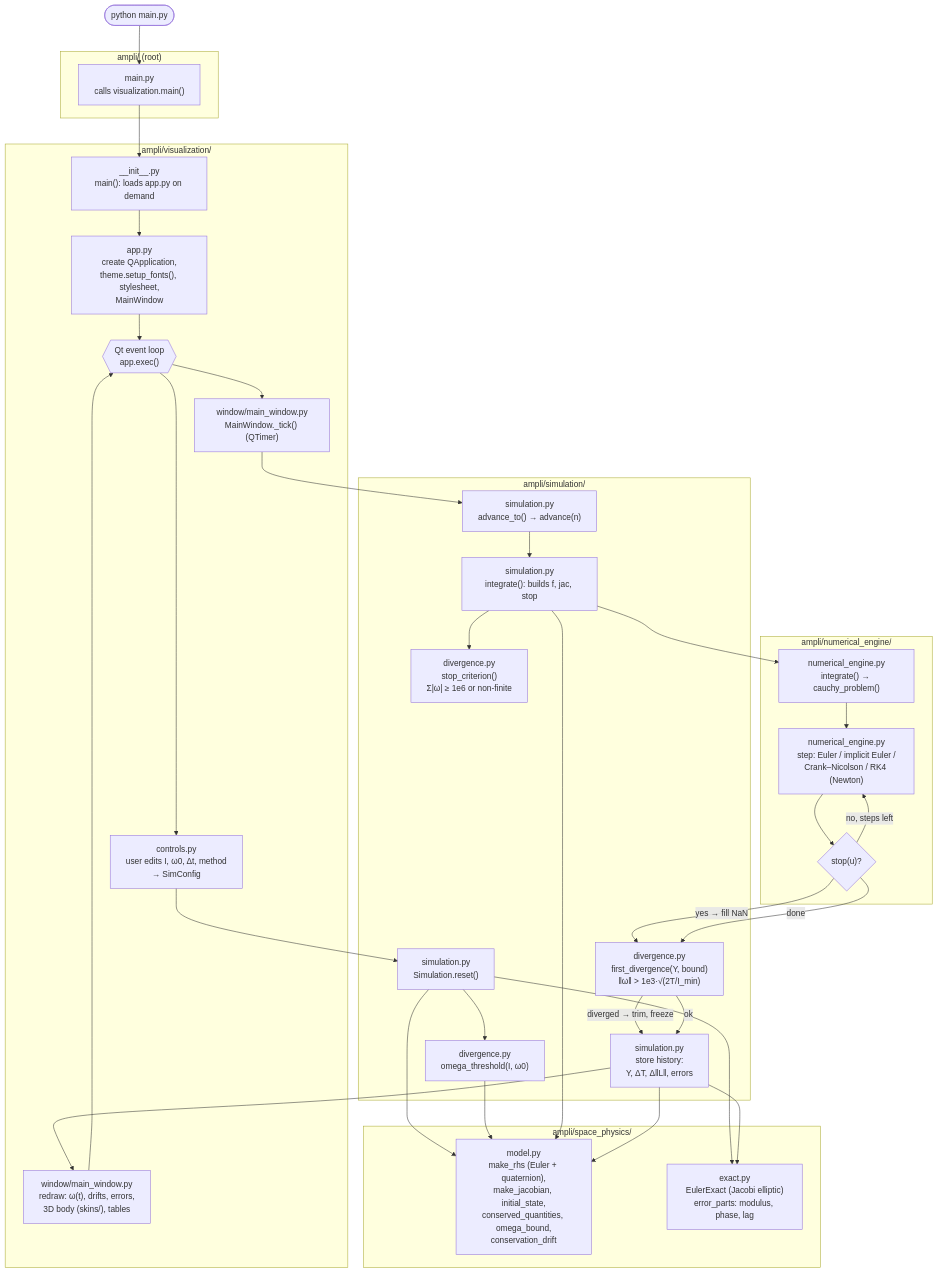
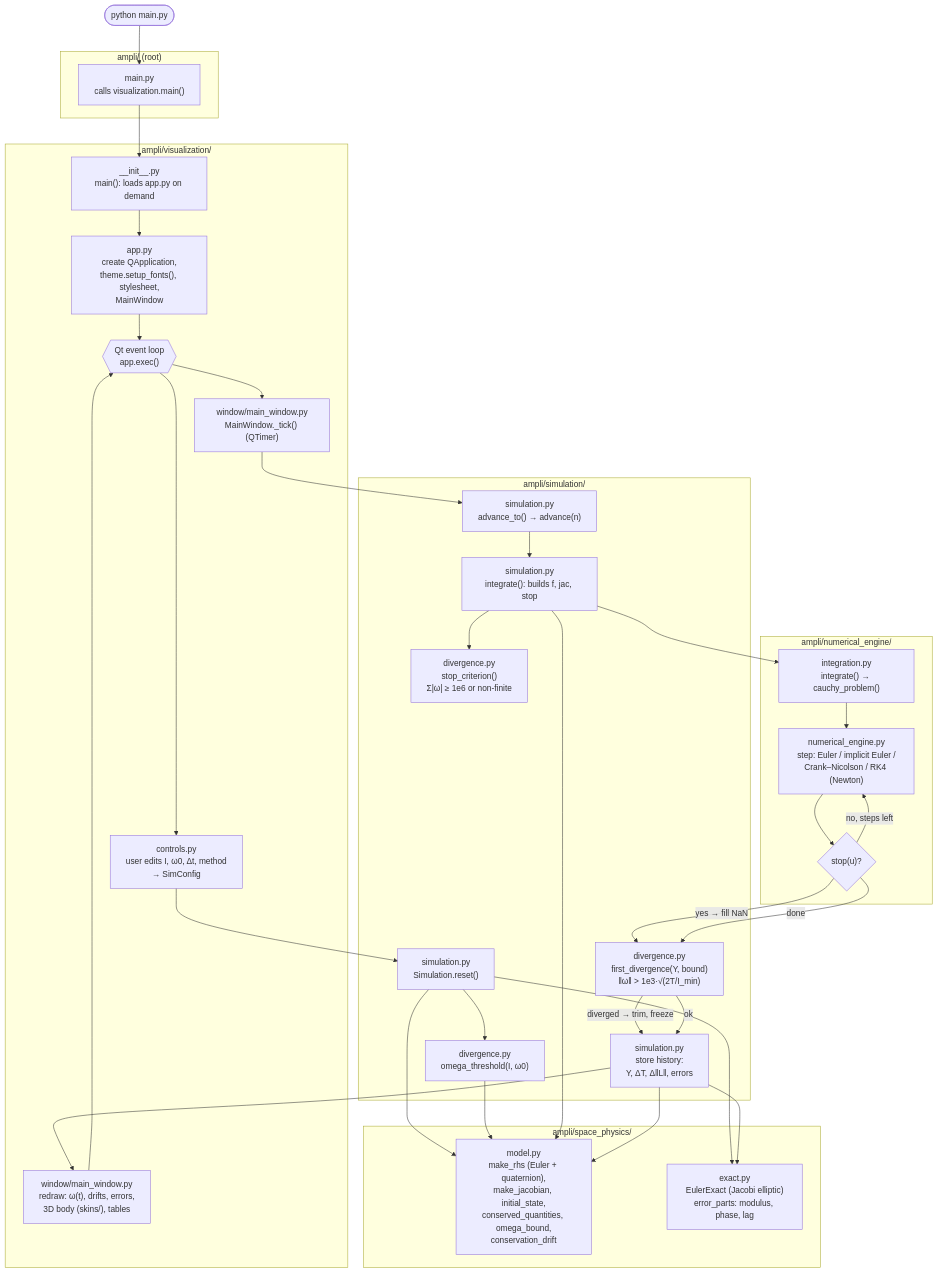
One commit to nuriasantamaria/grupo-4---integrantes-Beatriz-Sanz-Nuria-Santamaria-Juanjo-Campillo changed the first of 3 diagrams in read me/FLOWCHART.md. Above: the diagram before and after it, drawn with Mermaid. The commit also changed other lines of this file and 7 other files, not shown here.

Commit message:
he eliminado stability_grid, y he subdividido en mas scripts la carpeta numerical engine

````diff
--- a/read me/FLOWCHART.md
+++ b/read me/FLOWCHART.md
@@ -15,57 +15,57 @@
 ```mermaid
 flowchart TD
     START([python main.py]) --> MAIN
 
     subgraph ROOT["ampli/ (root)"]
         MAIN["main.py<br/>calls visualization.main()"]
     end
 
     subgraph VIS["ampli/visualization/"]
         VINIT["__init__.py<br/>main(): loads app.py on demand"]
         APP["app.py<br/>create QApplication,<br/>theme.setup_fonts(), stylesheet,<br/>MainWindow"]
         LOOP{{"Qt event loop<br/>app.exec()"}}
         USER["controls.py<br/>user edits I, ω0, Δt, method<br/>→ SimConfig"]
         TICK["window/main_window.py<br/>MainWindow._tick() (QTimer)"]
         DRAW["window/main_window.py<br/>redraw: ω(t), drifts, errors,<br/>3D body (skins/), tables"]
     end
 
     subgraph SIM["ampli/simulation/"]
         RESET["simulation.py<br/>Simulation.reset()"]
         ADV["simulation.py<br/>advance_to() → advance(n)"]
         INTEG["simulation.py<br/>integrate(): builds f, jac, stop"]
         DIVSTOP["divergence.py<br/>stop_criterion()<br/>Σ|ω| ≥ 1e6 or non-finite"]
         DIVFIRST["divergence.py<br/>first_divergence(Y, bound)<br/>‖ω‖ > 1e3·√(2T/I_min)"]
         DIVTHR["divergence.py<br/>omega_threshold(I, ω0)"]
         HIST["simulation.py<br/>store history:<br/>Y, ΔT, Δ‖L‖, errors"]
     end
 
     subgraph PHYS["ampli/space_physics/"]
         MODEL["model.py<br/>make_rhs (Euler + quaternion),<br/>make_jacobian, initial_state,<br/>conserved_quantities, omega_bound,<br/>conservation_drift"]
         EXACT["exact.py<br/>EulerExact (Jacobi elliptic)<br/>error_parts: modulus, phase, lag"]
     end
 
     subgraph ENG["ampli/numerical_engine/"]
-        NEINT["numerical_engine.py<br/>integrate() → cauchy_problem()"]
+        NEINT["integration.py<br/>integrate() → cauchy_problem()"]
         STEP["numerical_engine.py<br/>step: Euler / implicit Euler /<br/>Crank–Nicolson / RK4 (Newton)"]
         STOPQ{"stop(u)?"}
     end
 
     MAIN --> VINIT --> APP --> LOOP
     LOOP --> USER --> RESET
     RESET --> MODEL
     RESET --> DIVTHR --> MODEL
     RESET --> EXACT
     LOOP --> TICK --> ADV
     ADV --> INTEG
     INTEG --> MODEL
     INTEG --> DIVSTOP
     INTEG --> NEINT --> STEP --> STOPQ
     STOPQ -- "no, steps left" --> STEP
     STOPQ -- "yes → fill NaN" --> DIVFIRST
     STOPQ -- "done" --> DIVFIRST
     DIVFIRST -- "diverged → trim, freeze" --> HIST
     DIVFIRST -- "ok" --> HIST
     HIST --> MODEL
     HIST --> EXACT
     HIST --> DRAW --> LOOP
 ```
````
